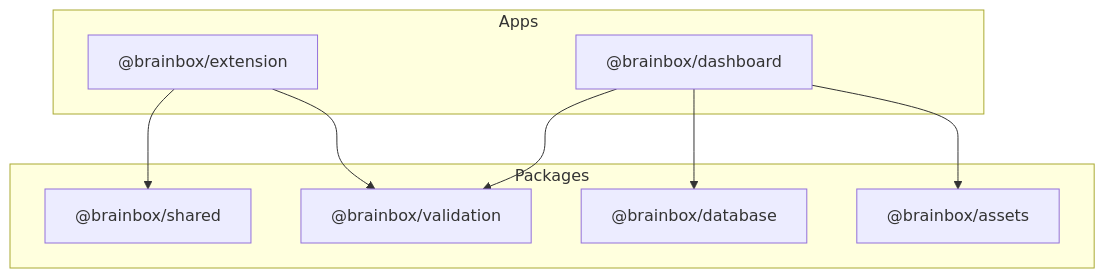
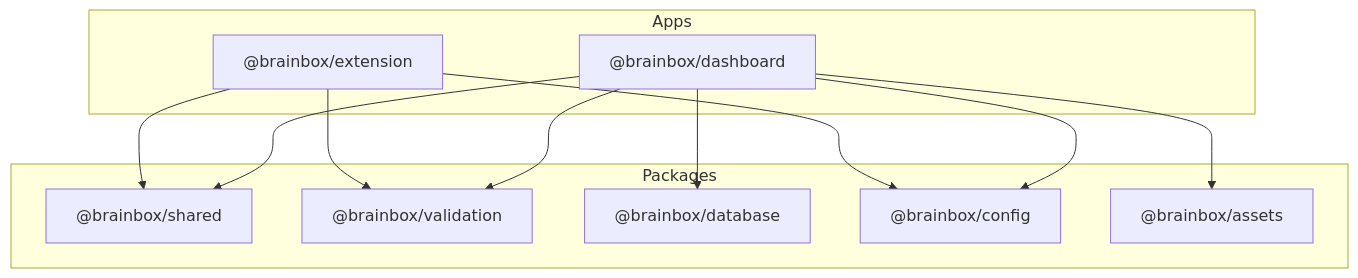
One commit to HackamViGo/Chat-Organizer changed the diagram in docs/technical/MONOREPO_DEPS.md. Above: the diagram before and after it, drawn with Mermaid. The commit also changed other lines of this file and 113 other files, not shown here.

````diff
--- a/docs/technical/MONOREPO_DEPS.md
+++ b/docs/technical/MONOREPO_DEPS.md
@@ -9,21 +27,25 @@
 ```mermaid
 graph TD
     subgraph "Apps"
         Extension["@brainbox/extension"]
         Dashboard["@brainbox/dashboard"]
     end
 
     subgraph "Packages"
         Shared["@brainbox/shared"]
         Validation["@brainbox/validation"]
         Database["@brainbox/database"]
+        Config["@brainbox/config"]
         Assets["@brainbox/assets"]
     end
 
     Extension --> Shared
     Extension --> Validation
+    Extension --> Config
     
+    Dashboard --> Shared
     Dashboard --> Validation
     Dashboard --> Database
+    Dashboard --> Config
     Dashboard --> Assets
 ```
````
